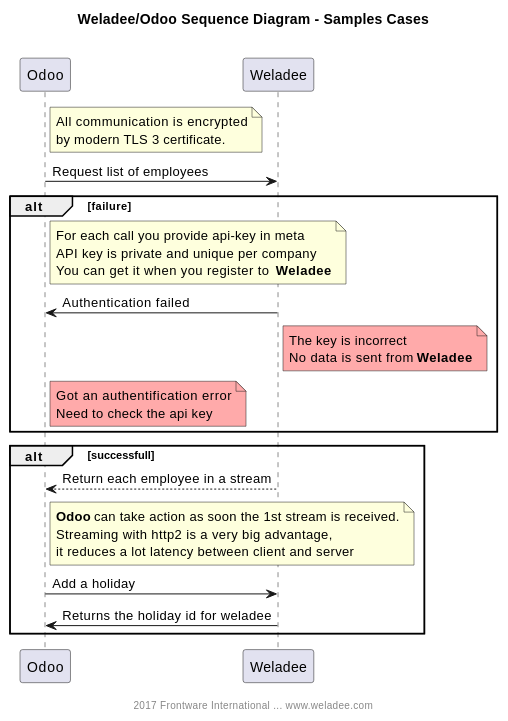
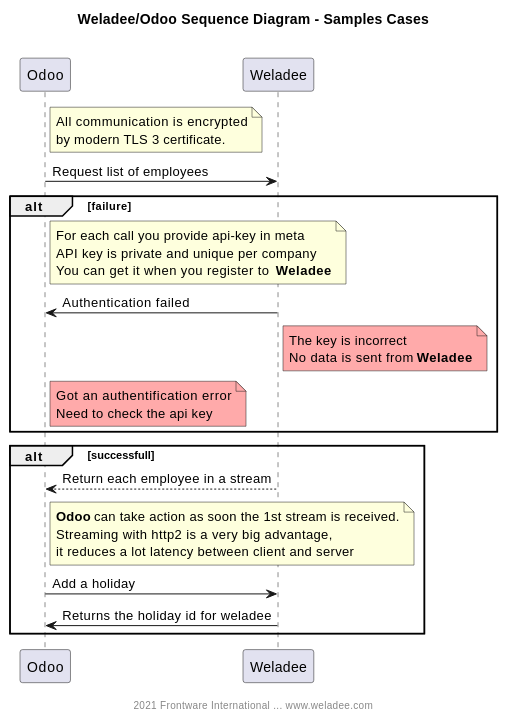
One commit to Frontware/Weladee-odoo changed the diagram in README.md. Above: the diagram before and after it, drawn with PlantUML. The commit also changed other lines of this file, not shown here.

````diff
--- a/README.md
+++ b/README.md
@@ -41,45 +41,45 @@
 ```plantuml
 # Don't forget to update the image in README.md if you do any change in this file
 
 @startuml
 
 title Weladee/Odoo Sequence Diagram - Samples Cases\n
 
 note right Odoo
     All communication is encrypted
     by modern TLS 3 certificate.
 end note
 Odoo -> Weladee: Request list of employees
 alt failure
     note right Odoo
         For each call you provide api-key in meta
         API key is private and unique per company
         You can get it when you register to  **Weladee**
     end note
     Weladee -> Odoo: Authentication failed
     note right Weladee #FFAAAA
         The key is incorrect
         No data is sent from **Weladee**
     end note
     note right Odoo #FFAAAA
         Got an authentification error
         Need to check the api key
     end note
 end
 alt successfull
     Weladee --> Odoo: Return each employee in a stream
     note right Odoo
         **Odoo** can take action as soon the 1st stream is received.
         Streaming with http2 is a very big advantage,
         it reduces a lot latency between client and server
     end note
     Odoo -> Weladee: Add a holiday
     Odoo <- Weladee: Returns the holiday id for weladee
 end
 footer
 
-2017 Frontware International ... www.weladee.com
+2021 Frontware International ... www.weladee.com
 end footer
 
 @enduml
 ```
````
